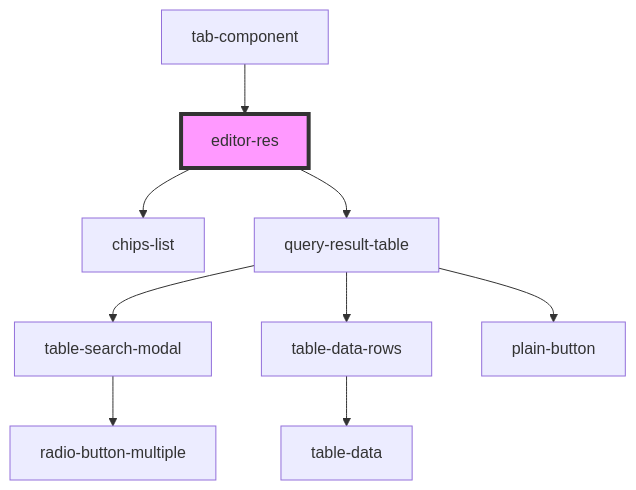
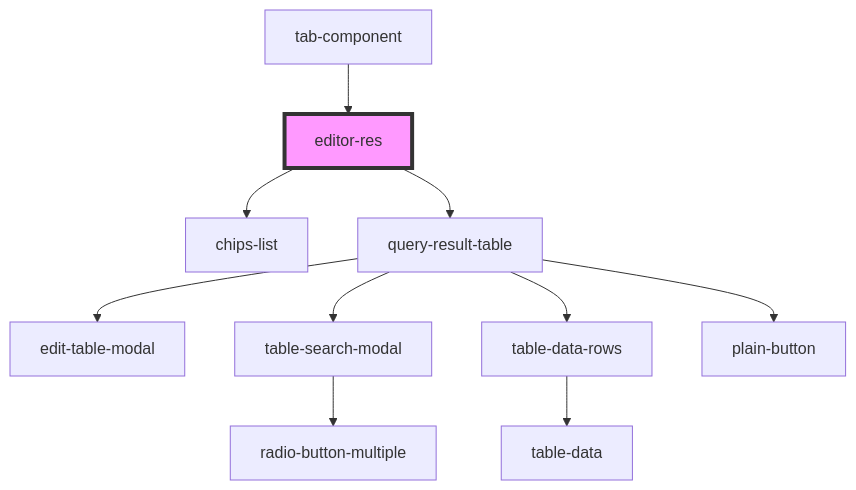
Before and after one commit to techvariable/NeptuneConnectComponents: the diagram in src/components/editorPage/editor-res/readme.md, drawn with Mermaid. The commit also changed 14 other files, not shown here.

Commit message:
flow for edit nodes

````diff
--- a/src/components/editorPage/editor-res/readme.md
+++ b/src/components/editorPage/editor-res/readme.md
@@ -20,12 +20,13 @@
 ```mermaid
 graph TD;
   editor-res --> chips-list
   editor-res --> query-result-table
+  query-result-table --> edit-table-modal
   query-result-table --> table-search-modal
   query-result-table --> table-data-rows
   query-result-table --> plain-button
   table-search-modal --> radio-button-multiple
   table-data-rows --> table-data
   tab-component --> editor-res
   style editor-res fill:#f9f,stroke:#333,stroke-width:4px
 ```
````
